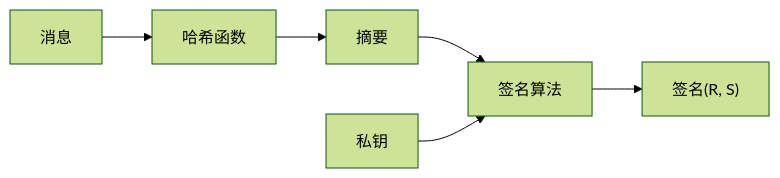
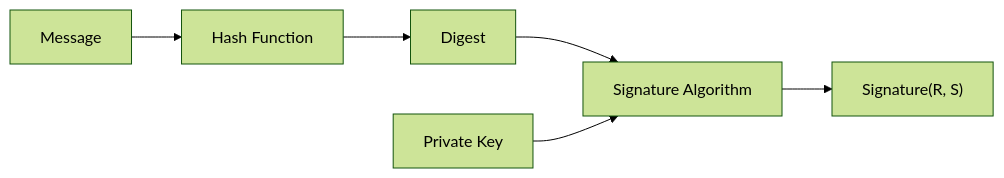
The diagram in docs/cryptography/basics.mdx (stars-labs/cryptograph-onboarding-trainning), drawn with Mermaid (forest theme) before and after one commit. The commit also changed other lines of this file and 15 other files, not shown here.

````diff
--- a/docs/cryptography/basics.mdx
+++ b/docs/cryptography/basics.mdx
@@ -68,8 +68,8 @@
 ```mermaid
 flowchart LR
-    A[消息] --> B[哈希函数]
-    B --> C[摘要]
-    C --> E[签名算法]
-    D[私钥] --> E
-    E --> F["签名(R, S)"]
+    A[Message] --> B[Hash Function]
+    B --> C[Digest]
+    C --> E[Signature Algorithm]
+    D[Private Key] --> E
+    E --> F["Signature(R, S)"]
 ```
````
